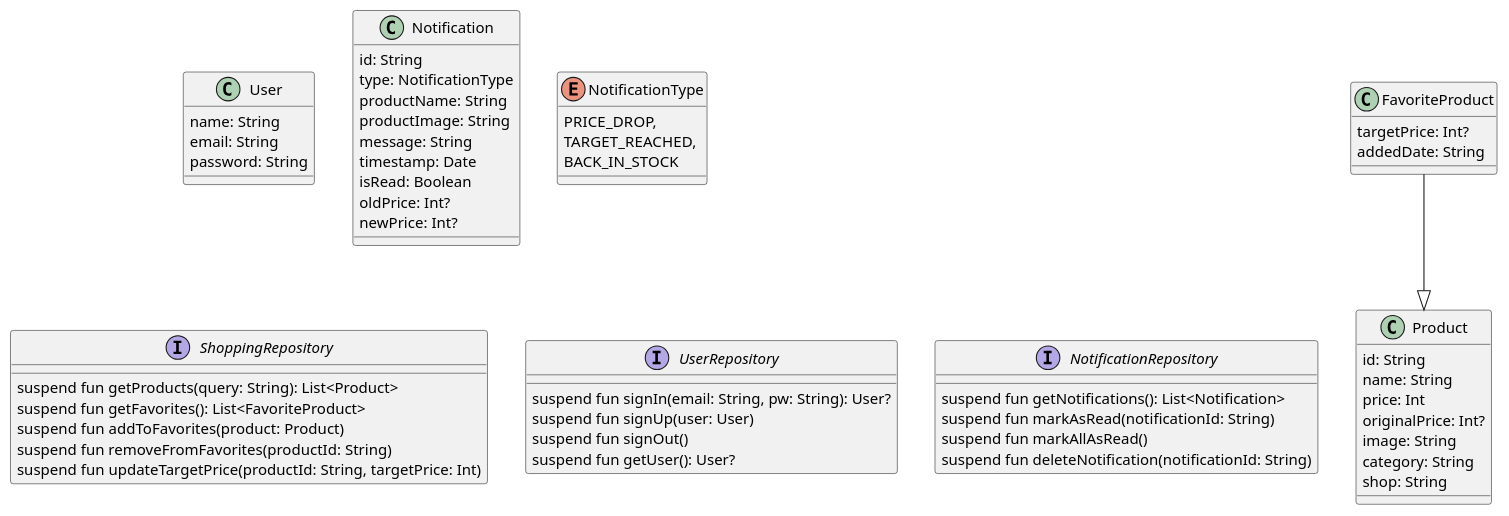
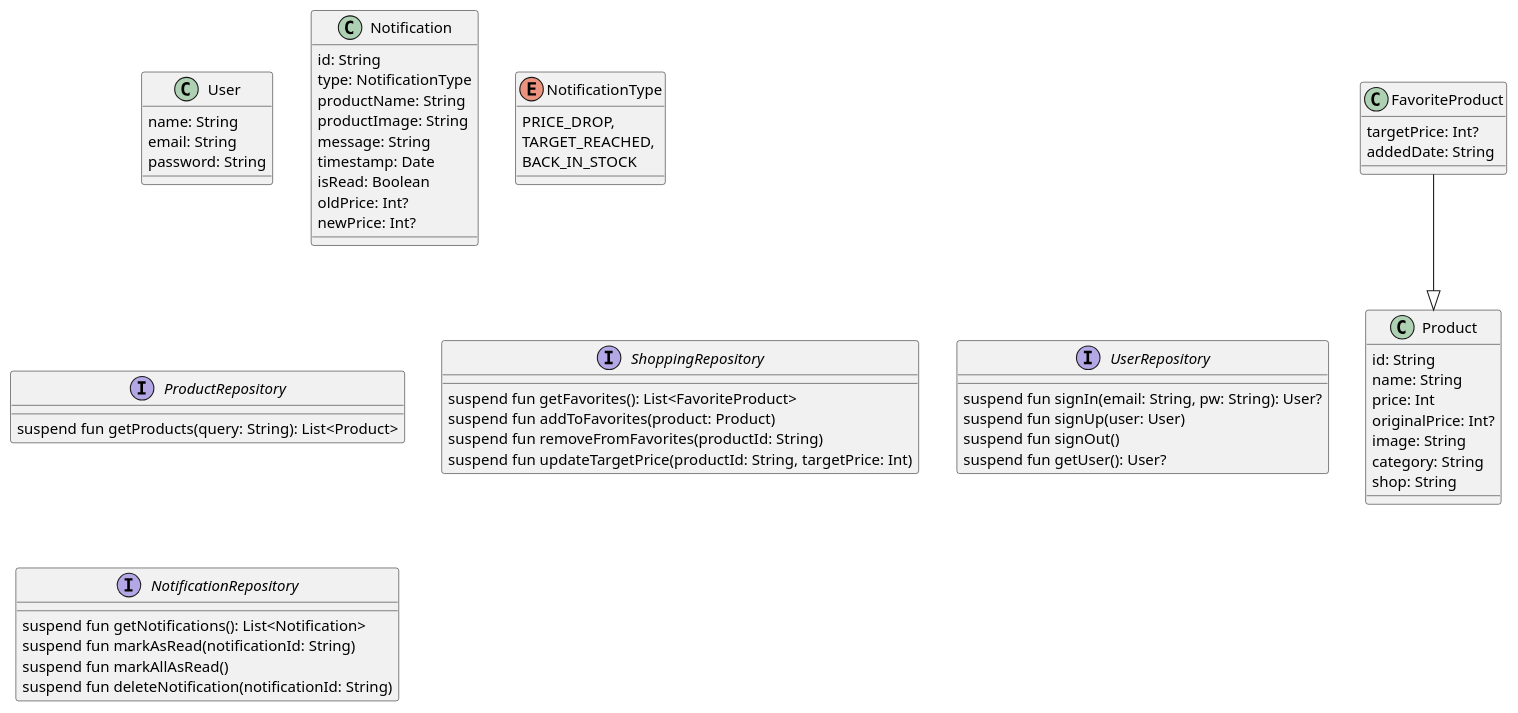
The diagram in docs/class diagram.puml (Team-HKJJ/Heart-break-price-android), drawn with PlantUML before and after one commit.

Commit message:
docs: 클래스 다이어그램 수정
- `ProductRepository` 인터페이스를 추가하여 상품 조회 기능을 분리함
- `ShoppingRepository`에서 `getProducts` 메서드를 제거하고 책임을 분리함

```diff
--- a/docs/class diagram.puml
+++ b/docs/class diagram.puml
@@ -1,66 +1,69 @@
 @startuml
 
 class Product {
     id: String
     name: String
     price: Int
     originalPrice: Int?
     image: String
     category: String
     shop: String
 }
 
 class FavoriteProduct {
     targetPrice: Int?
     addedDate: String
 }
 
 class User {
     name: String
     email: String
     password: String
 }
 
 class Notification {
     id: String
     type: NotificationType
     productName: String
     productImage: String
     message: String
     timestamp: Date
     isRead: Boolean
     oldPrice: Int?
     newPrice: Int?
 }
 
 enum NotificationType {
     PRICE_DROP,
     TARGET_REACHED,
     BACK_IN_STOCK
 }
 
+interface ProductRepository{
+    suspend fun getProducts(query: String): List<Product>
+}
+
 interface ShoppingRepository {
-    suspend fun getProducts(query: String): List<Product>
     suspend fun getFavorites(): List<FavoriteProduct>
     suspend fun addToFavorites(product: Product)
     suspend fun removeFromFavorites(productId: String)
     suspend fun updateTargetPrice(productId: String, targetPrice: Int)
 }
 
 interface UserRepository {
     suspend fun signIn(email: String, pw: String): User?
     suspend fun signUp(user: User)
     suspend fun signOut()
     suspend fun getUser(): User?
 }
 
 interface NotificationRepository {
     suspend fun getNotifications(): List<Notification>
     suspend fun markAsRead(notificationId: String)
     suspend fun markAllAsRead()
     suspend fun deleteNotification(notificationId: String)
 }
 
 FavoriteProduct --|> Product
 
 @enduml
```
